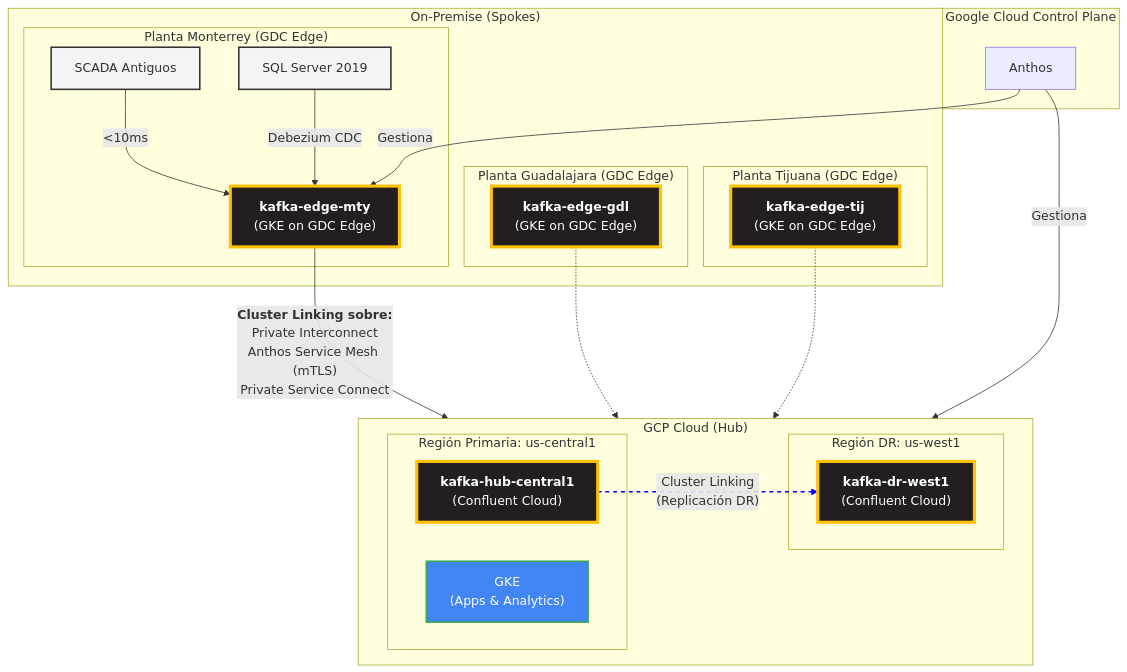
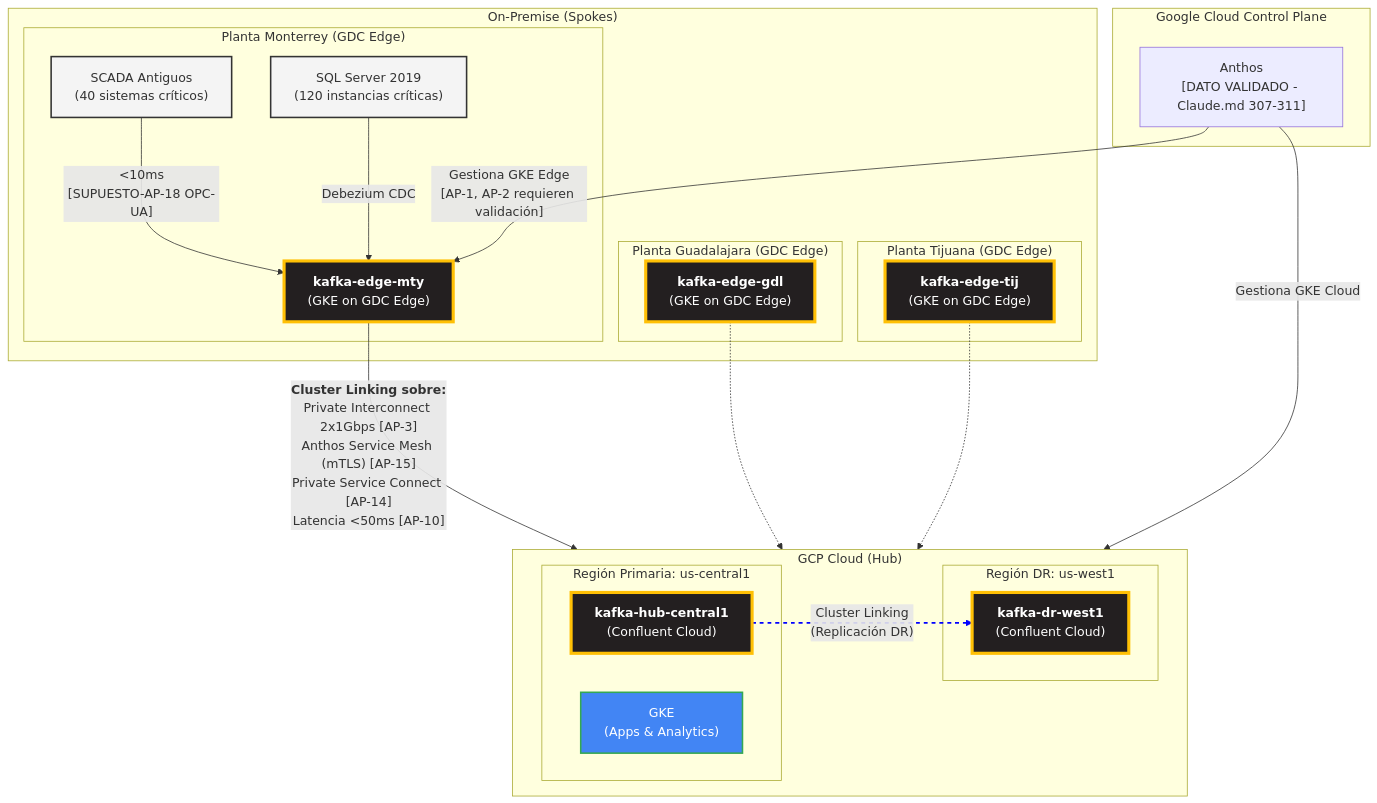
Before and after one commit to raestrada/cloud-gob-data-industrial: the diagram in docs/fase2/arquitectura-plataforma.md, drawn with Mermaid. The commit also changed other lines of this file and 2 other files, not shown here.

````diff
--- a/docs/fase2/arquitectura-plataforma.md
+++ b/docs/fase2/arquitectura-plataforma.md
@@ -66,51 +103,51 @@
 ```mermaid
 graph TD
     subgraph "GCP Cloud (Hub)"
         direction LR
         subgraph "Región Primaria: us-central1"
             GKE_PROD["GKE<br/>(Apps & Analytics)"]
             KAFKA_HUB["<b>kafka-hub-central1</b><br/>(Confluent Cloud)"]
         end
         subgraph "Región DR: us-west1"
             KAFKA_DR["<b>kafka-dr-west1</b><br/>(Confluent Cloud)"]
         end
         KAFKA_HUB -- "Cluster Linking<br/>(Replicación DR)" --> KAFKA_DR
     end
 
     subgraph "On-Premise (Spokes)"
         subgraph "Planta Monterrey (GDC Edge)"
-            SCADA_MTY["SCADA Antiguos"]
-            SQL_MTY["SQL Server 2019"]
+            SCADA_MTY["SCADA Antiguos<br/>(40 sistemas críticos)"]
+            SQL_MTY["SQL Server 2019<br/>(120 instancias críticas)"]
             KAFKA_MTY["<b>kafka-edge-mty</b><br/>(GKE on GDC Edge)"]
-            SCADA_MTY -- "<10ms" --> KAFKA_MTY
+            SCADA_MTY -- "<10ms<br/>[SUPUESTO-AP-18 OPC-UA]" --> KAFKA_MTY
             SQL_MTY -- "Debezium CDC" --> KAFKA_MTY
         end
         subgraph "Planta Guadalajara (GDC Edge)"
             KAFKA_GDL["<b>kafka-edge-gdl</b><br/>(GKE on GDC Edge)"]
         end
         subgraph "Planta Tijuana (GDC Edge)"
             KAFKA_TIJ["<b>kafka-edge-tij</b><br/>(GKE on GDC Edge)"]
         end
     end
 
     %% Conectividad Privada
     linkStyle 0 stroke-width:2px,stroke:blue,stroke-dasharray: 5 5;
-    KAFKA_MTY -- "<b>Cluster Linking sobre:</b><br/>Private Interconnect<br/>Anthos Service Mesh (mTLS)<br/>Private Service Connect" --> KAFKA_HUB
+    KAFKA_MTY -- "<b>Cluster Linking sobre:</b><br/>Private Interconnect 2x1Gbps [AP-3]<br/>Anthos Service Mesh (mTLS) [AP-15]<br/>Private Service Connect [AP-14]<br/>Latencia <50ms [AP-10]" --> KAFKA_HUB
     KAFKA_GDL -.-> KAFKA_HUB
     KAFKA_TIJ -.-> KAFKA_HUB
 
     %% Plano de Control
     subgraph "Google Cloud Control Plane"
-        ANTHOS[Anthos]
+        ANTHOS["Anthos<br/>[DATO VALIDADO - Claude.md 307-311]"]
     end
-    ANTHOS -- "Gestiona" --> KAFKA_MTY
-    ANTHOS -- "Gestiona" --> GKE_PROD
+    ANTHOS -- "Gestiona GKE Edge<br/>[AP-1, AP-2 requieren validación]" --> KAFKA_MTY
+    ANTHOS -- "Gestiona GKE Cloud" --> GKE_PROD
 
     %% Estilos
     classDef kafka fill:#231F20,stroke:#FFC005,stroke-width:4px,color:#fff;
     classDef gcp fill:#4285F4,stroke:#34A853,stroke-width:2px,color:#fff;
     classDef edge fill:#f4f4f4,stroke:#333,stroke-width:2px,color:#333;
     class KAFKA_HUB,KAFKA_DR,KAFKA_MTY,KAFKA_GDL,KAFKA_TIJ kafka;
     class GKE_PROD gcp;
     class SCADA_MTY,SQL_MTY edge;
 ```
````
